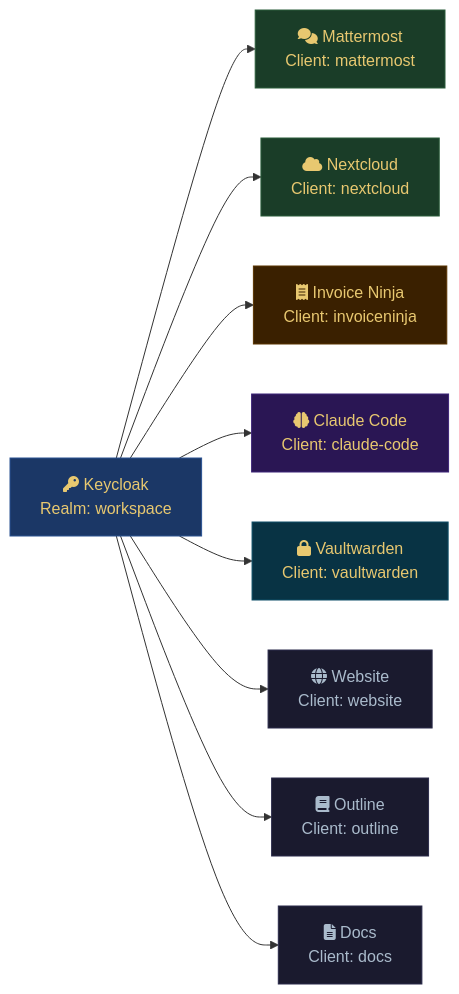
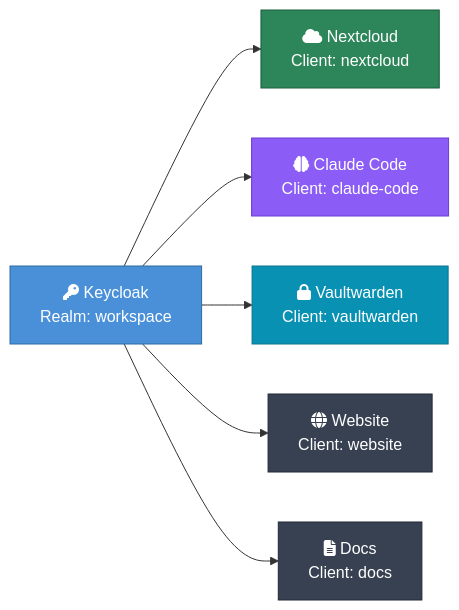
Before and after one commit to Paddione/Bachelorprojekt: the first of 2 diagrams in k3d/docs-content/keycloak.md, drawn with Mermaid. The commit also changed other lines of this file and 10 other files, not shown here.

````diff
--- a/k3d/docs-content/keycloak.md
+++ b/k3d/docs-content/keycloak.md
@@ -43,29 +26,24 @@
 ```mermaid
 graph LR
     KC["fa:fa-key Keycloak<br/>Realm: workspace"]
 
-    MM["fa:fa-comments Mattermost<br/>Client: mattermost"]
     NC["fa:fa-cloud Nextcloud<br/>Client: nextcloud"]
-    IN["fa:fa-receipt Invoice Ninja<br/>Client: invoiceninja"]
     OC["fa:fa-brain Claude Code<br/>Client: claude-code"]
     VW["fa:fa-lock Vaultwarden<br/>Client: vaultwarden"]
     WEB["fa:fa-globe Website<br/>Client: website"]
-    OL["fa:fa-book Outline<br/>Client: outline"]
-    DOC["fa:fa-file-lines Docs<br/>Client: docs"]
+    DOCS["fa:fa-file-lines Docs<br/>Client: docs"]
 
-    KC --> MM & NC & IN & OC & VW & WEB & OL & DOC
+    KC --> NC & OC & VW & WEB & DOCS
 
-    classDef kc fill:#1b3766,color:#e8c870,stroke:#2a5291
-    classDef collab fill:#1a3d28,color:#e8c870,stroke:#2a5c3a
-    classDef ai fill:#2a1654,color:#e8c870,stroke:#3d2478
-    classDef billing fill:#3a2000,color:#e8c870,stroke:#5a3500
-    classDef tools fill:#083344,color:#e8c870,stroke:#0e4f68
-    classDef infra fill:#1a1a2e,color:#aabbcc,stroke:#2a2a4a
+    classDef kc fill:#4a90d9,color:#fff,stroke:#2d6a9f
+    classDef collab fill:#2d8659,color:#fff,stroke:#1a5c3a
+    classDef ai fill:#8b5cf6,color:#fff,stroke:#6d3ad4
+    classDef tools fill:#0891b2,color:#fff,stroke:#0e7490
+    classDef infra fill:#374151,color:#fff,stroke:#1f2937
 
     class KC kc
-    class MM,NC collab
-    class IN billing
+    class NC collab
     class OC ai
     class VW tools
-    class WEB,OL,DOC infra
+    class WEB,DOCS infra
 ```
````
